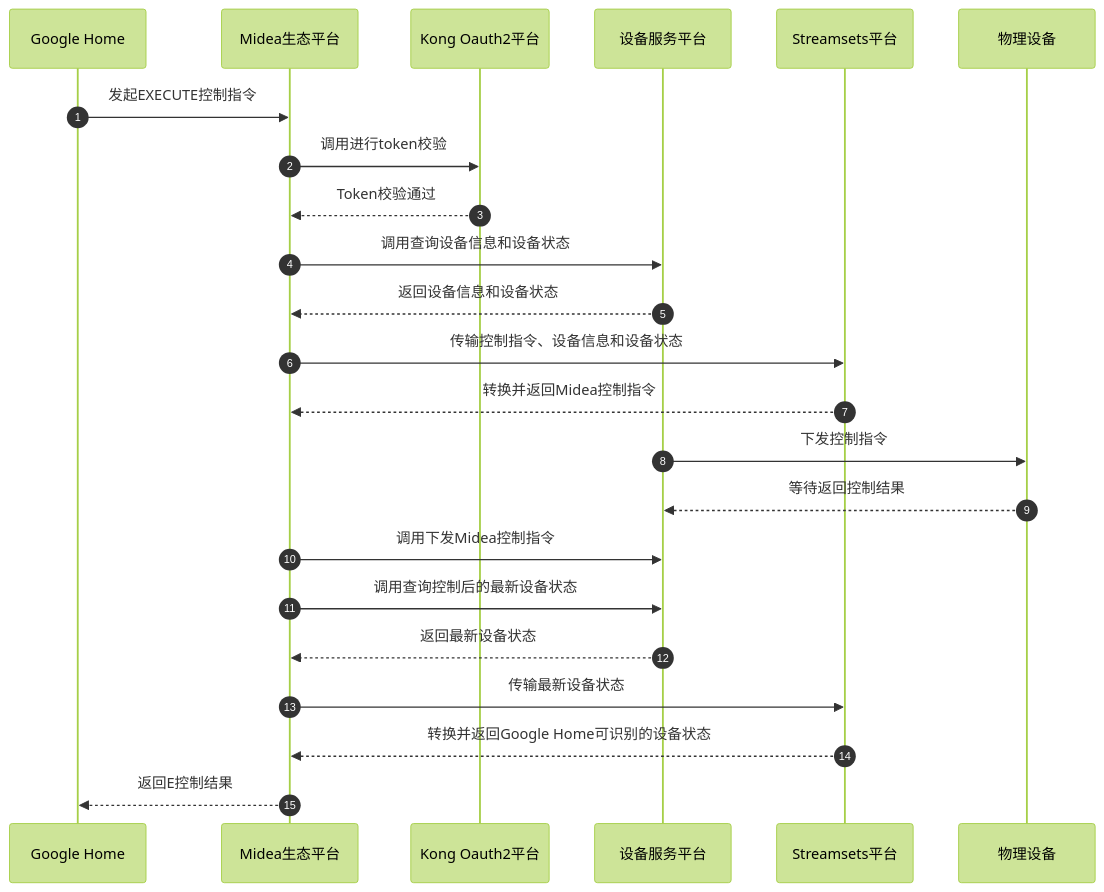
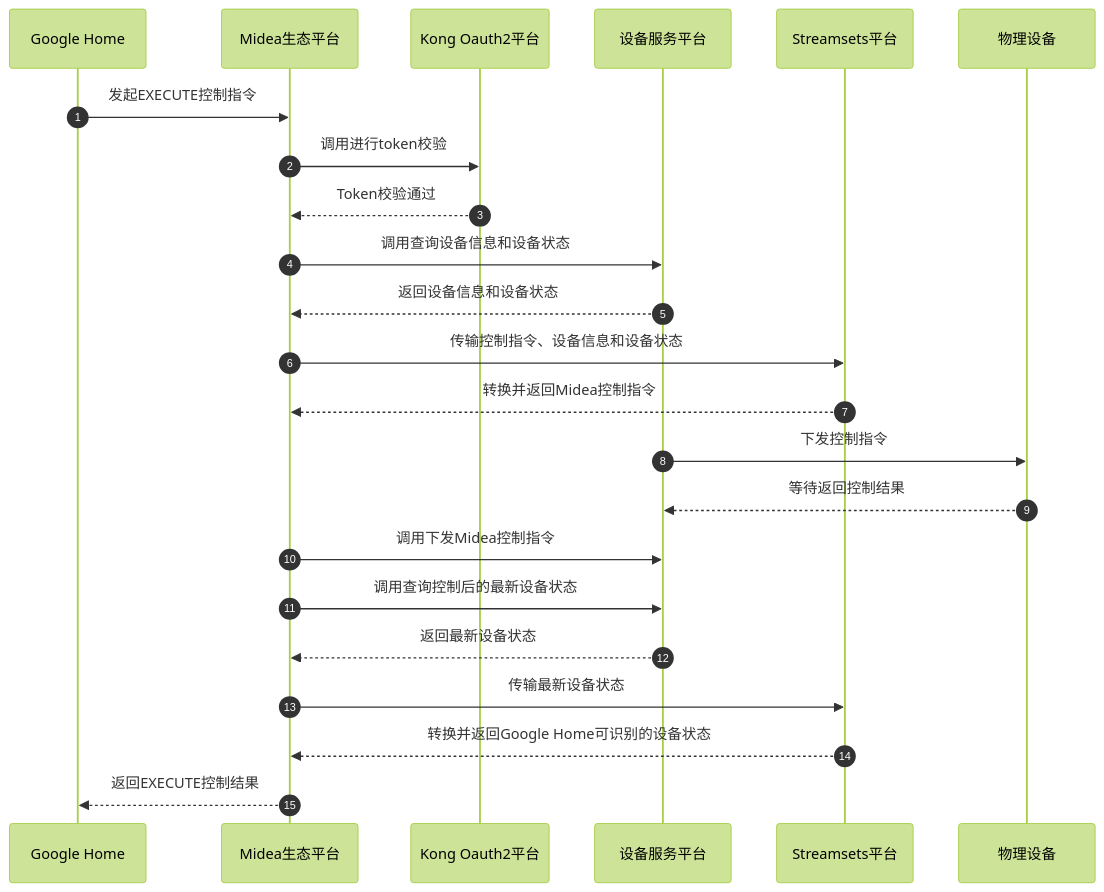
One commit to ixiaoyang8/iodraw-files changed the diagram in all/未命名-19.md. Above: the diagram before and after it, drawn with Mermaid (forest theme).

Commit message:
2026-06-11 11:20:37 update

````diff
--- a/all/未命名-19.md
+++ b/all/未命名-19.md
@@ -1,28 +1,28 @@
 ```mermaid
 sequenceDiagram
     autonumber
     participant GoogleHome as Google Home
     participant MideaEco as Midea生态平台
     participant KongOAuth as Kong Oauth2平台
     participant DevService as 设备服务平台
     participant Streamsets as Streamsets平台
     participant Device as 物理设备
     
 
     GoogleHome->>MideaEco: 发起EXECUTE控制指令
     MideaEco->>KongOAuth: 调用进行token校验
     KongOAuth-->>MideaEco: Token校验通过
     MideaEco->>DevService: 调用查询设备信息和设备状态
     DevService-->>MideaEco: 返回设备信息和设备状态
     MideaEco->>Streamsets: 传输控制指令、设备信息和设备状态
     Streamsets-->>MideaEco: 转换并返回Midea控制指令
     DevService->>Device: 下发控制指令
     Device-->>DevService: 等待返回控制结果
     MideaEco->>DevService: 调用下发Midea控制指令
     MideaEco->>DevService: 调用查询控制后的最新设备状态
     DevService-->>MideaEco: 返回最新设备状态
     MideaEco->>Streamsets: 传输最新设备状态
     Streamsets-->>MideaEco: 转换并返回Google Home可识别的设备状态
-    MideaEco-->>GoogleHome: 返回E控制结果
+    MideaEco-->>GoogleHome: 返回EXECUTE控制结果
 
 ```
````
